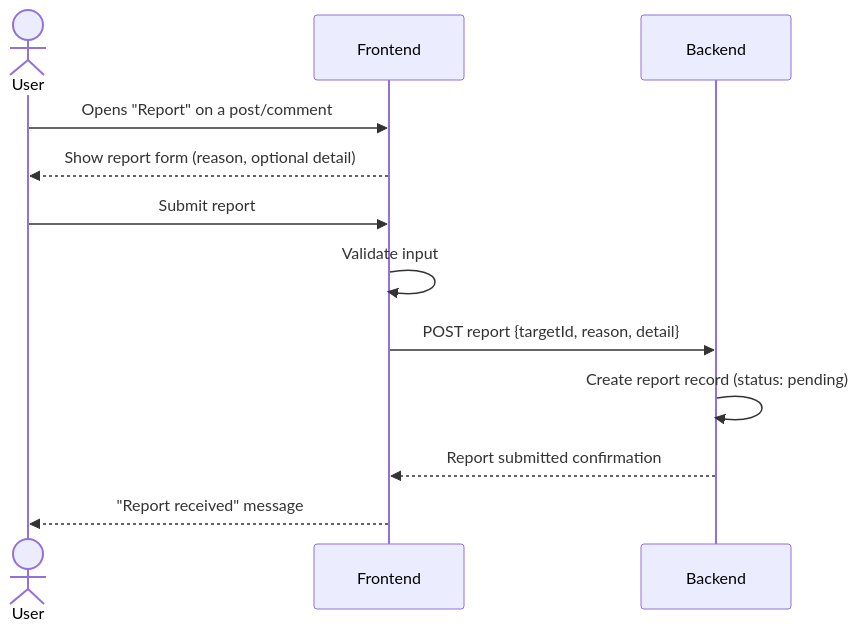
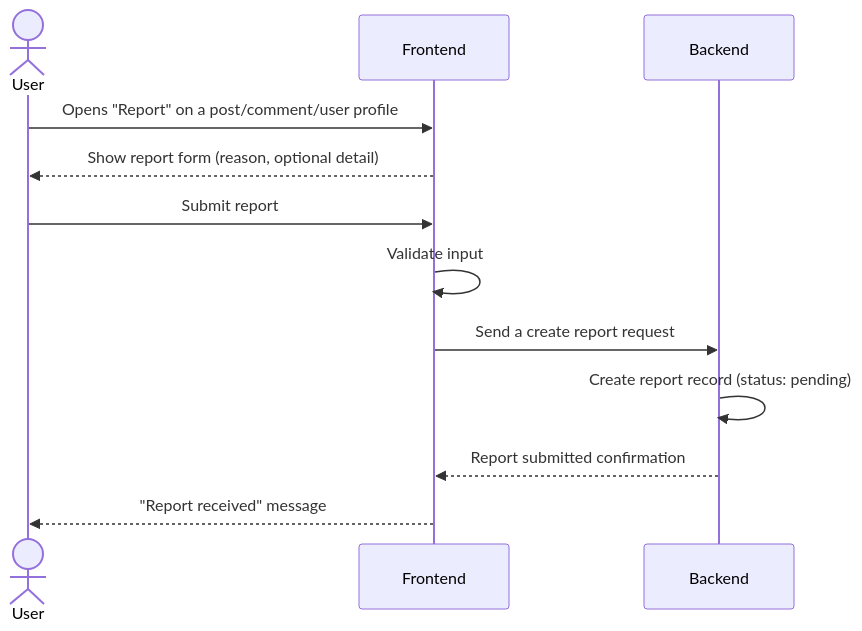
Before and after one commit to anvn12/FOZ: the third of 5 diagrams in docs/2B. Vision Document.md, drawn with Mermaid. The commit also changed other lines of this file and 1 other file, not shown here.

````diff
--- a/docs/2B. Vision Document.md
+++ b/docs/2B. Vision Document.md
@@ -191,15 +191,15 @@
 ```mermaid
 sequenceDiagram
     actor User
     participant Frontend
     participant Backend
 
-    User->>Frontend: Opens "Report" on a post/comment
+    User->>Frontend: Opens "Report" on a post/comment/user profile
     Frontend-->>User: Show report form (reason, optional detail)
     User->>Frontend: Submit report
     Frontend->>Frontend: Validate input
-    Frontend->>Backend: POST report {targetId, reason, detail}
+    Frontend->>Backend: Send a create report request
     Backend->>Backend: Create report record (status: pending)
     Backend-->>Frontend: Report submitted confirmation
     Frontend-->>User: "Report received" message
 ```
````
